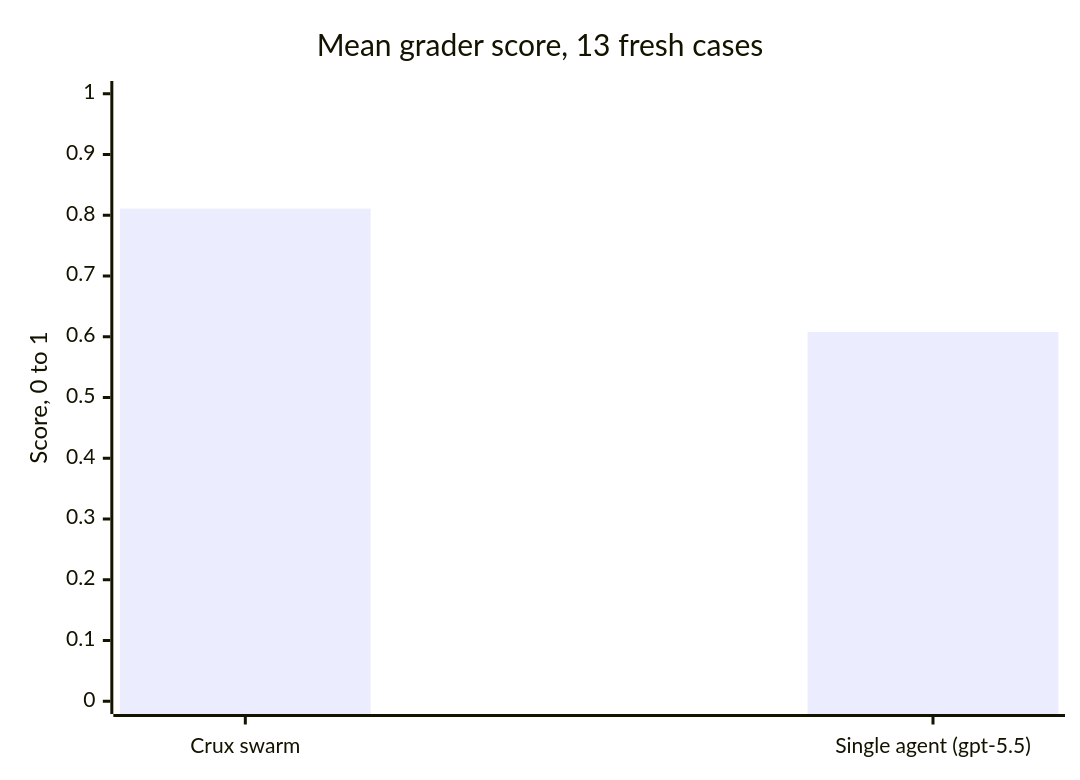
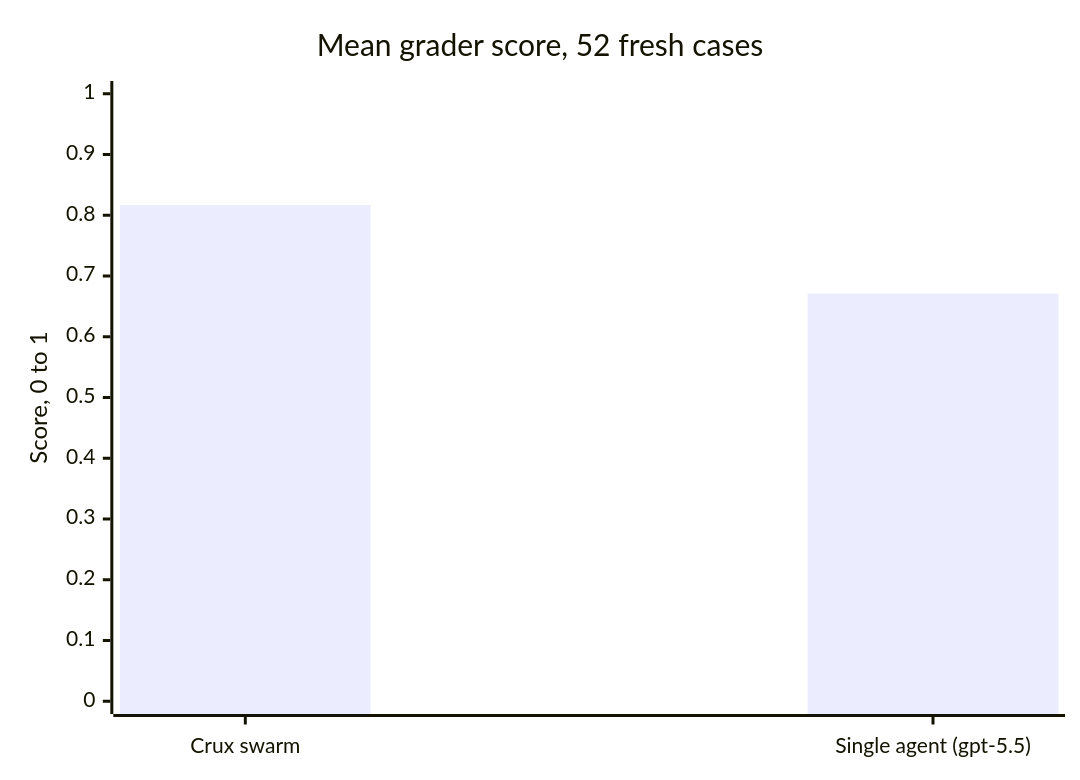
One commit to gavinzhao30/Crux changed the first of 13 diagrams in README.md. Above: the diagram before and after it, drawn with Mermaid. The commit also changed other lines of this file and 24 other files, not shown here.

First line of the commit message:
Batch-05 results: 52 fresh held-out cases, and the self-improvement and rejected sections (#79)

````diff
--- a/README.md
+++ b/README.md
@@ -42,7 +42,7 @@
 ```mermaid
 xychart-beta
-    title "Mean grader score, 13 fresh cases"
+    title "Mean grader score, 52 fresh cases"
     x-axis ["Crux swarm", "Single agent (gpt-5.5)"]
     y-axis "Score, 0 to 1" 0 --> 1
-    bar [0.811, 0.608]
+    bar [0.817, 0.671]
 ```
````
